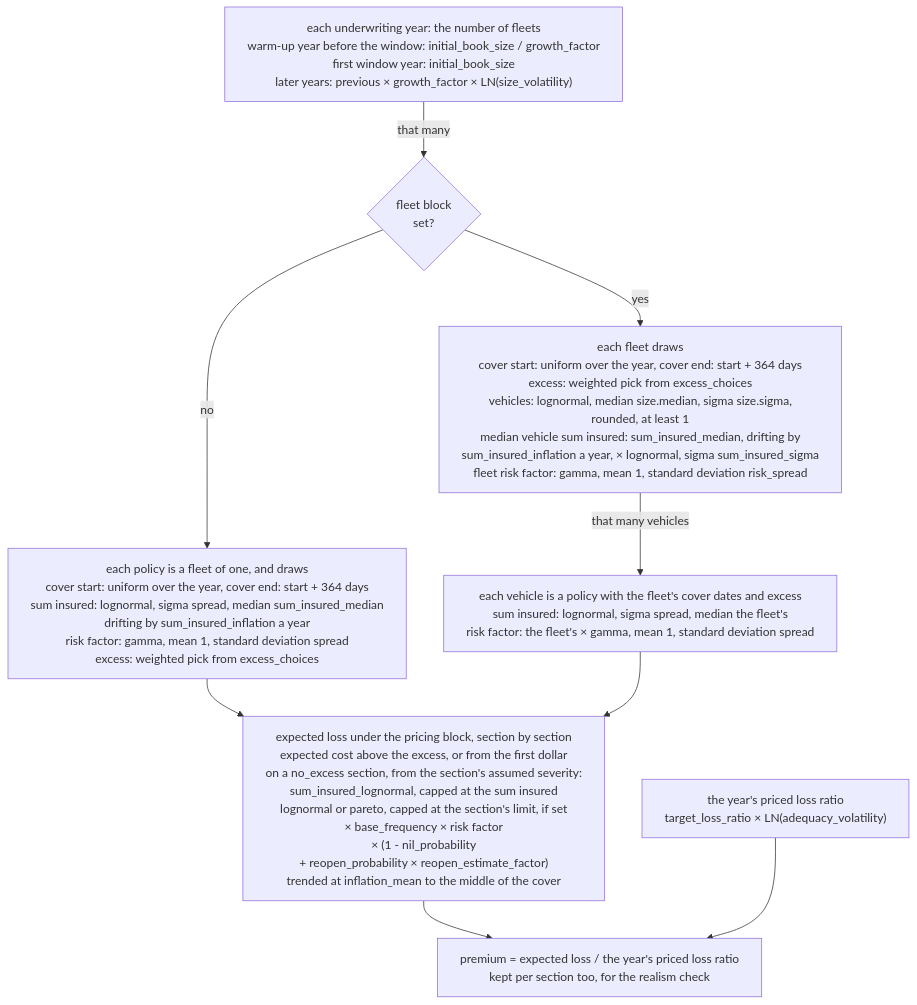
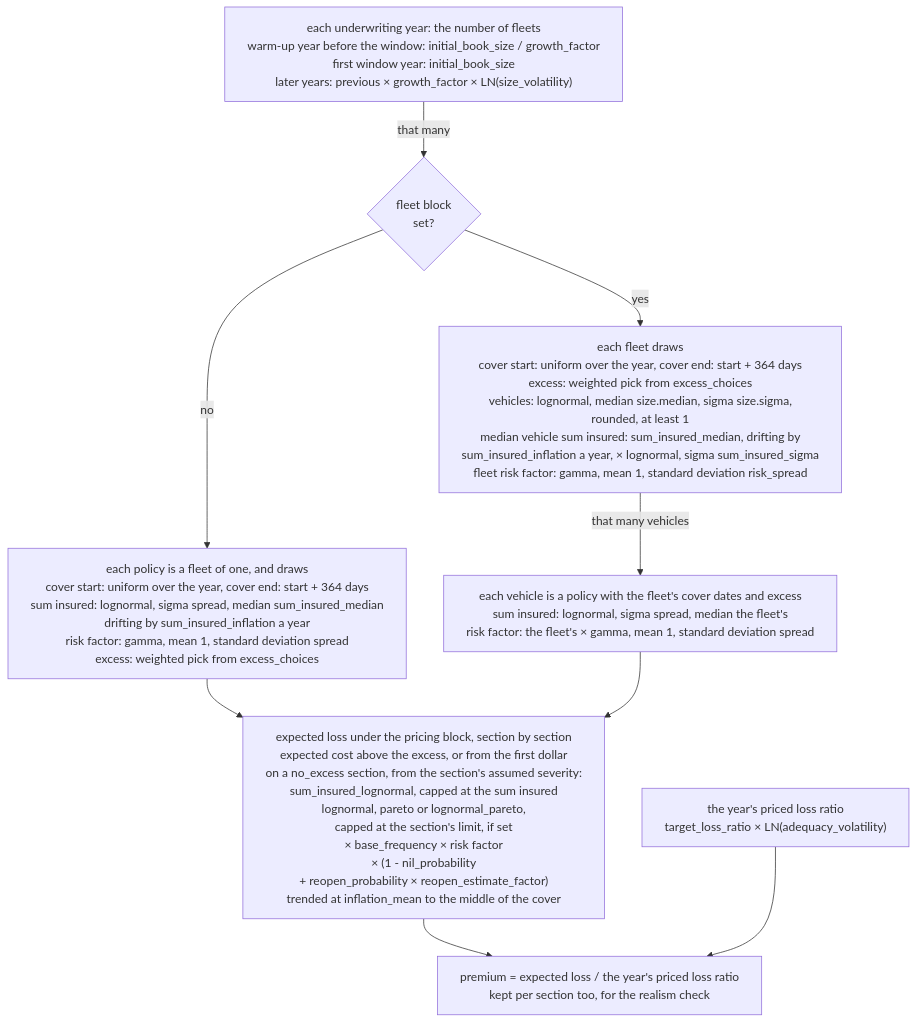
Before and after one commit to le-marais/claims-data-generator: the third of 10 diagrams in README.md, drawn with Mermaid. The commit also changed other lines of this file and 22 other files, not shown here.

First line of the commit message:
Give injury a lognormal body under its Pareto tail, and take no excess on personal liability (MR-8) (#33)

````diff
--- a/README.md
+++ b/README.md
@@ -125,17 +125,17 @@
 ```mermaid
 %%{init: {"flowchart": {"wrappingWidth": 480}}}%%
 flowchart TD
     size["each underwriting year: the number of fleets<br/>warm-up year before the window: initial_book_size / growth_factor<br/>first window year: initial_book_size<br/>later years: previous × growth_factor × LN(size_volatility)"]
     priced["the year's priced loss ratio<br/>target_loss_ratio × LN(adequacy_volatility)"]
     fleetSet{"fleet block<br/>set?"}
     draws["each policy is a fleet of one, and draws<br/>cover start: uniform over the year, cover end: start + 364 days<br/>sum insured: lognormal, sigma spread, median sum_insured_median<br/>drifting by sum_insured_inflation a year<br/>risk factor: gamma, mean 1, standard deviation spread<br/>excess: weighted pick from excess_choices"]
     fleet["each fleet draws<br/>cover start: uniform over the year, cover end: start + 364 days<br/>excess: weighted pick from excess_choices<br/>vehicles: lognormal, median size.median, sigma size.sigma,<br/>rounded, at least 1<br/>median vehicle sum insured: sum_insured_median, drifting by<br/>sum_insured_inflation a year, × lognormal, sigma sum_insured_sigma<br/>fleet risk factor: gamma, mean 1, standard deviation risk_spread"]
     vehicle["each vehicle is a policy with the fleet's cover dates and excess<br/>sum insured: lognormal, sigma spread, median the fleet's<br/>risk factor: the fleet's × gamma, mean 1, standard deviation spread"]
-    expected["expected loss under the pricing block, section by section<br/>expected cost above the excess, or from the first dollar<br/>on a no_excess section, from the section's assumed severity:<br/>sum_insured_lognormal, capped at the sum insured<br/>lognormal or pareto, capped at the section's limit, if set<br/>× base_frequency × risk factor<br/>× (1 - nil_probability<br/>+ reopen_probability × reopen_estimate_factor)<br/>trended at inflation_mean to the middle of the cover"]
+    expected["expected loss under the pricing block, section by section<br/>expected cost above the excess, or from the first dollar<br/>on a no_excess section, from the section's assumed severity:<br/>sum_insured_lognormal, capped at the sum insured<br/>lognormal, pareto or lognormal_pareto,<br/>capped at the section's limit, if set<br/>× base_frequency × risk factor<br/>× (1 - nil_probability<br/>+ reopen_probability × reopen_estimate_factor)<br/>trended at inflation_mean to the middle of the cover"]
     premium["premium = expected loss / the year's priced loss ratio<br/>kept per section too, for the realism check"]
     size -- "that many" --> fleetSet
     fleetSet -- "no" --> draws --> expected
     fleetSet -- "yes" --> fleet -- "that many vehicles" --> vehicle --> expected
     expected --> premium
     priced --> premium
 ```
````
